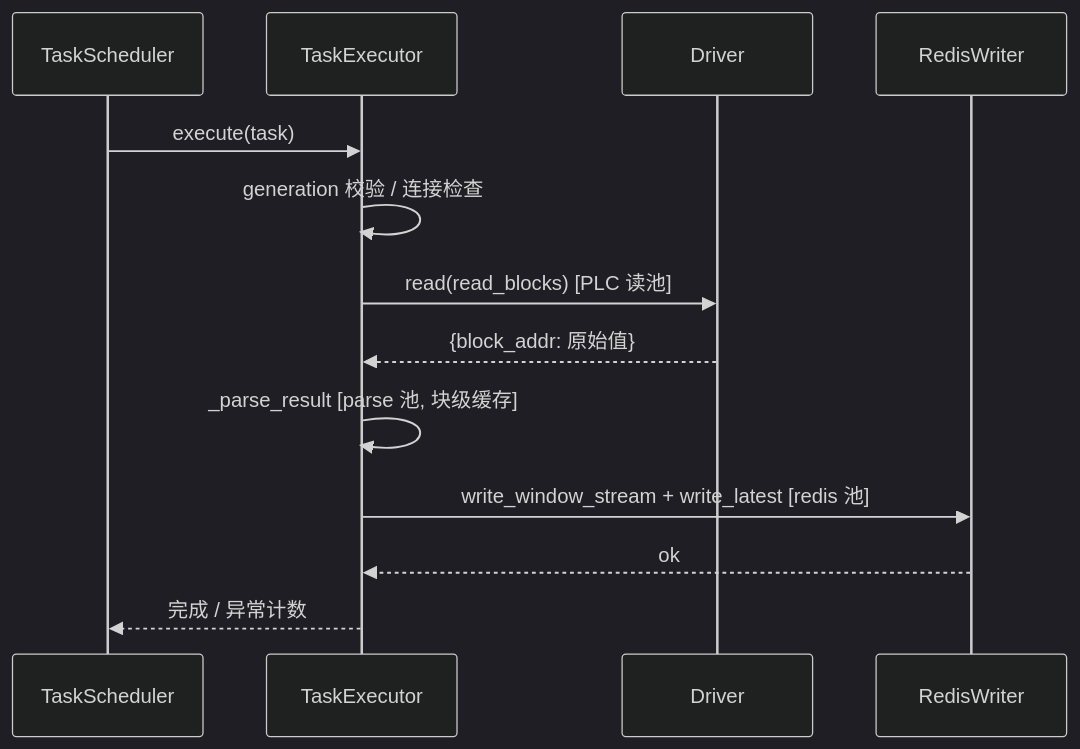
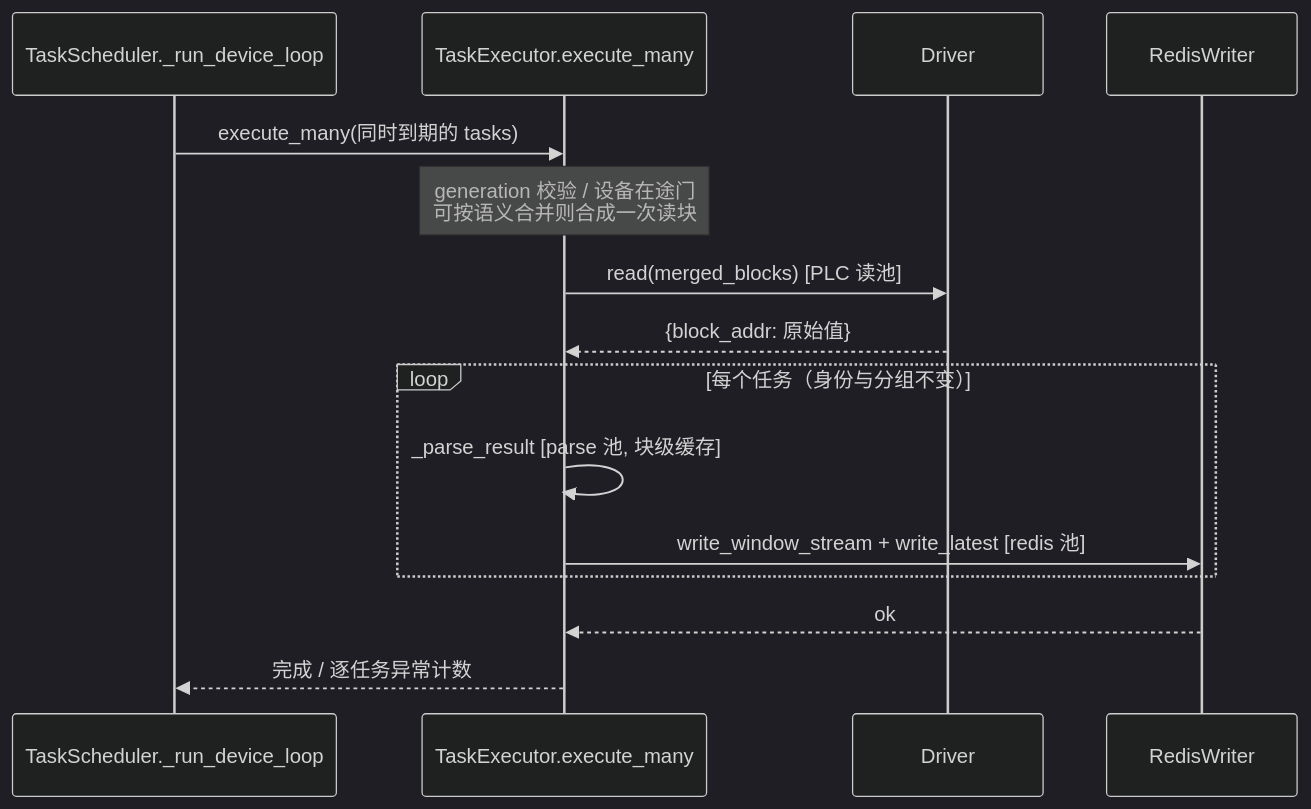
One commit to Hry1729/data_watch changed the second of 3 diagrams in docs/02-模块设计/collector/README.md. Above: the diagram before and after it, drawn with Mermaid (dark theme). The commit also changed other lines of this file, not shown here.

````diff
--- a/docs/02-模块设计/collector/README.md
+++ b/docs/02-模块设计/collector/README.md
@@ -302,15 +328,17 @@
 ```mermaid
 sequenceDiagram
-    participant SCH as TaskScheduler
-    participant EXE as TaskExecutor
+    participant SCH as TaskScheduler._run_device_loop
+    participant EXE as TaskExecutor.execute_many
     participant DRV as Driver
     participant RW as RedisWriter
-    SCH->>EXE: execute(task)
-    EXE->>EXE: generation 校验 / 连接检查
-    EXE->>DRV: read(read_blocks)  [PLC 读池]
+    SCH->>EXE: execute_many(同时到期的 tasks)
+    Note over EXE: generation 校验 / 设备在途门<br/>可按语义合并则合成一次读块
+    EXE->>DRV: read(merged_blocks)  [PLC 读池]
     DRV-->>EXE: {block_addr: 原始值}
-    EXE->>EXE: _parse_result  [parse 池, 块级缓存]
-    EXE->>RW: write_window_stream + write_latest  [redis 池]
+    loop 每个任务（身份与分组不变）
+        EXE->>EXE: _parse_result  [parse 池, 块级缓存]
+        EXE->>RW: write_window_stream + write_latest  [redis 池]
+    end
     RW-->>EXE: ok
-    EXE-->>SCH: 完成 / 异常计数
+    EXE-->>SCH: 完成 / 逐任务异常计数
 ```
````
